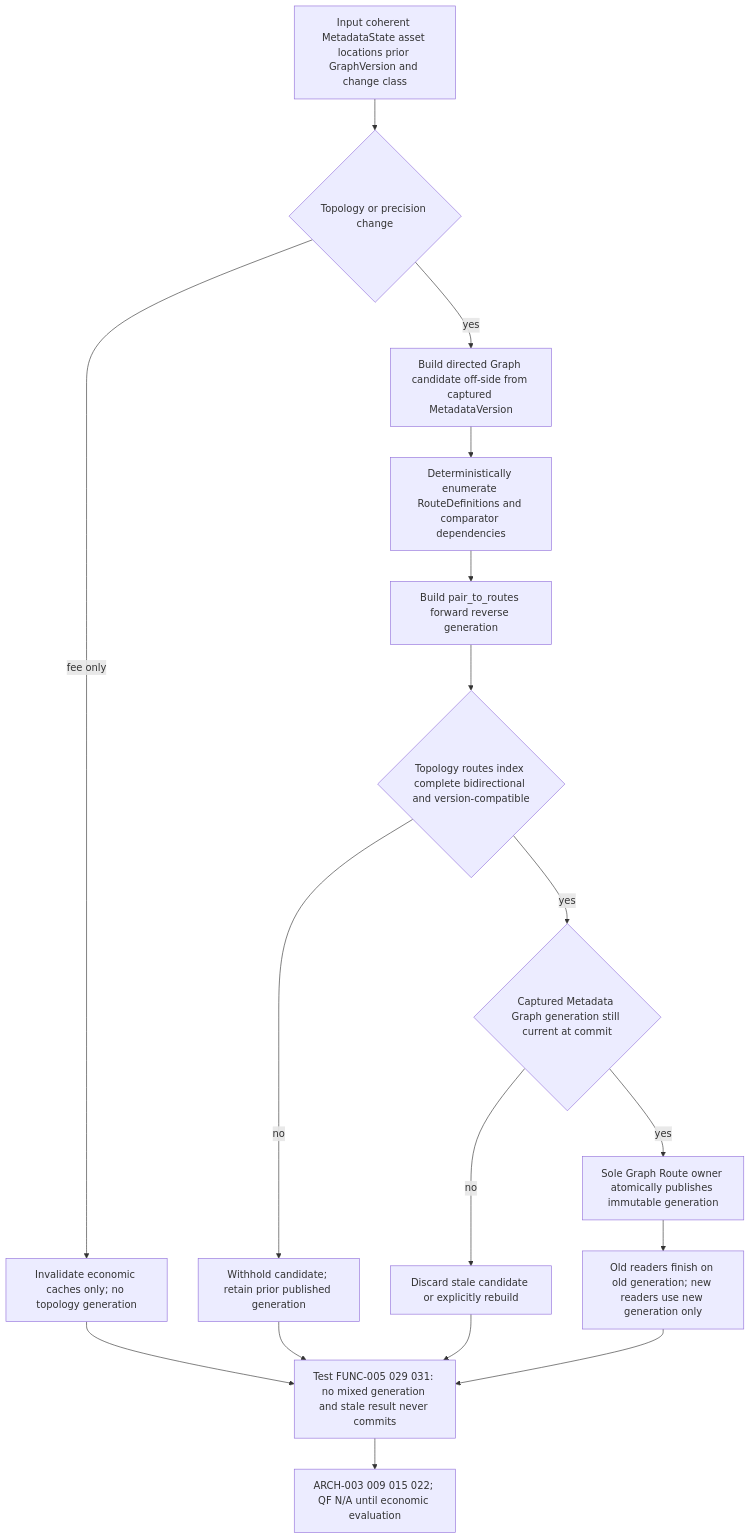
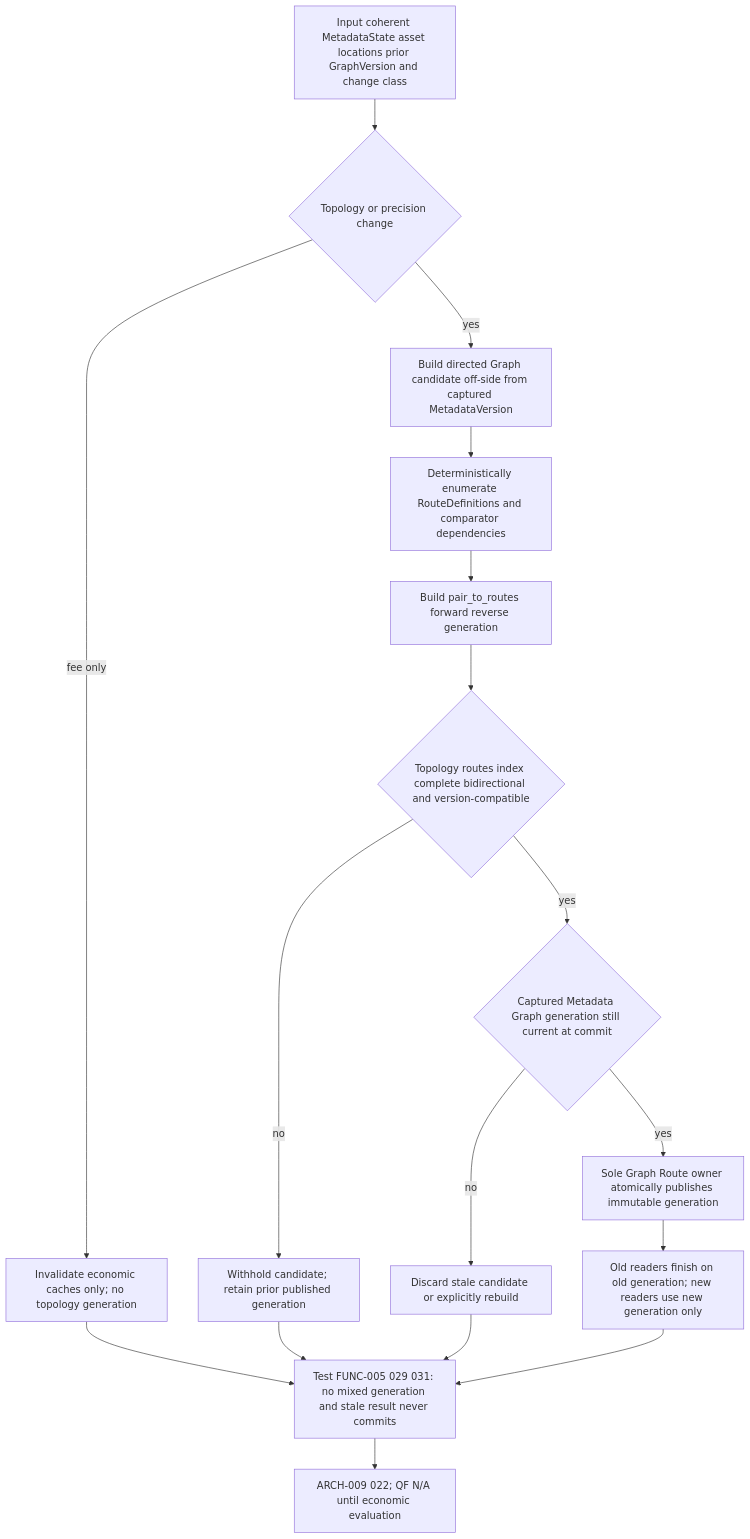
One commit to Insular2895/hyperliquid-arbitrage-bot changed diagram 29 of 37 in docs_v2/deep-specs/architecture/15_ARCHITECTURE_VISUAL_ATLAS.md. Above: the diagram before and after it, drawn with Mermaid. The commit also changed other lines of this file and 3 other files, not shown here.

````diff
--- a/docs_v2/deep-specs/architecture/15_ARCHITECTURE_VISUAL_ATLAS.md
+++ b/docs_v2/deep-specs/architecture/15_ARCHITECTURE_VISUAL_ATLAS.md
@@ -1088,19 +1100,19 @@
 ```mermaid
 flowchart TD
     I29["Input coherent MetadataState asset locations prior GraphVersion and change class"] --> C29{"Topology or precision change"}
     C29 -->|fee only| F29["Invalidate economic caches only; no topology generation"]
     C29 -->|yes| B29["Build directed Graph candidate off-side from captured MetadataVersion"]
     B29 --> R29["Deterministically enumerate RouteDefinitions and comparator dependencies"]
     R29 --> X29["Build pair_to_routes forward reverse generation"]
     X29 --> V29{"Topology routes index complete bidirectional and version-compatible"}
     V29 -->|no| H29["Withhold candidate; retain prior published generation"]
     V29 -->|yes| S29{"Captured Metadata Graph generation still current at commit"}
     S29 -->|no| D29["Discard stale candidate or explicitly rebuild"]
     S29 -->|yes| O29["Sole Graph Route owner atomically publishes immutable generation"]
     O29 --> A29["Old readers finish on old generation; new readers use new generation only"]
     A29 --> T29["Test FUNC-005 029 031: no mixed generation and stale result never commits"]
     F29 --> T29
     H29 --> T29
     D29 --> T29
-    T29 --> Z29["ARCH-003 009 015 022; QF N/A until economic evaluation"]
+    T29 --> Z29["ARCH-009 022; QF N/A until economic evaluation"]
 ```
````
